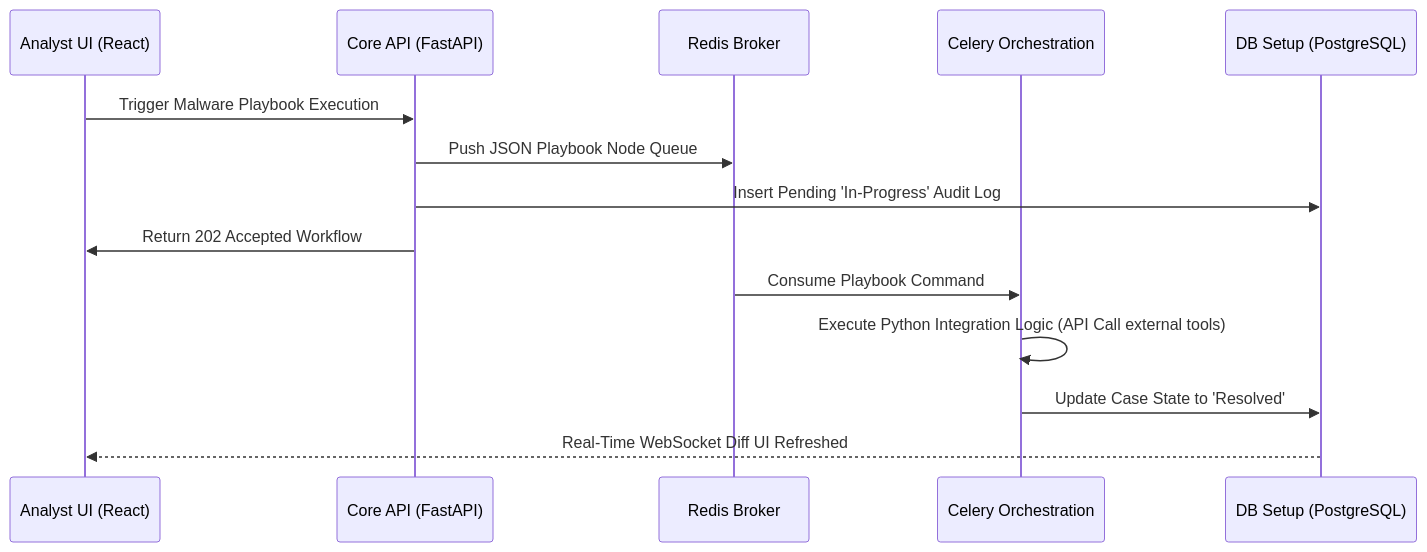
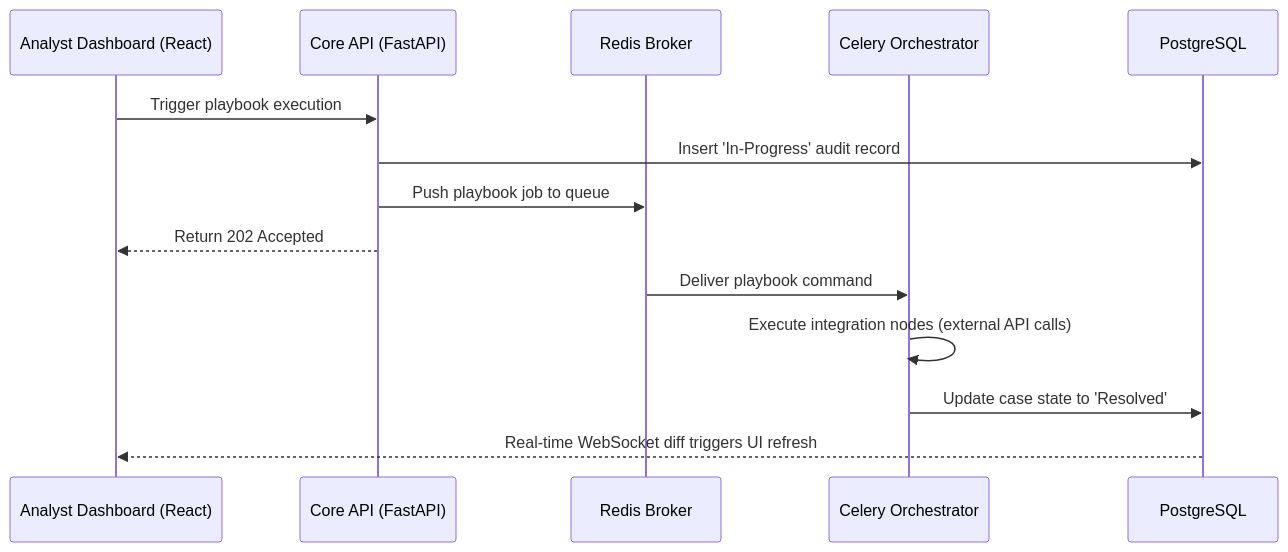
Before and after one commit to Masriyan/Asu-SOAR: the diagram in ARCHITECTURE.md, drawn with Mermaid. The commit also changed other lines of this file and 5 other files, not shown here.

````diff
--- a/ARCHITECTURE.md
+++ b/ARCHITECTURE.md
@@ -31,18 +45,18 @@
 ```mermaid
 sequenceDiagram
-    participant Analyst UI (React)
-    participant Core API (FastAPI)
-    participant Redis Broker
-    participant Celery Orchestration
-    participant DB Setup (PostgreSQL)
+    participant UI as Analyst Dashboard (React)
+    participant API as Core API (FastAPI)
+    participant Redis as Redis Broker
+    participant Worker as Celery Orchestrator
+    participant DB as PostgreSQL
 
-    Analyst UI (React)->>Core API (FastAPI): Trigger Malware Playbook Execution
-    Core API (FastAPI)->>Redis Broker: Push JSON Playbook Node Queue
-    Core API (FastAPI)->>DB Setup (PostgreSQL): Insert Pending 'In-Progress' Audit Log
-    Core API (FastAPI)->>Analyst UI (React): Return 202 Accepted Workflow
-    
-    Redis Broker->>Celery Orchestration: Consume Playbook Command
-    Celery Orchestration->>Celery Orchestration: Execute Python Integration Logic (API Call external tools)
-    Celery Orchestration->>DB Setup (PostgreSQL): Update Case State to 'Resolved'
-    DB Setup (PostgreSQL)-->>Analyst UI (React): Real-Time WebSocket Diff UI Refreshed
+    UI->>API: Trigger playbook execution
+    API->>DB: Insert 'In-Progress' audit record
+    API->>Redis: Push playbook job to queue
+    API-->>UI: Return 202 Accepted
+
+    Redis->>Worker: Deliver playbook command
+    Worker->>Worker: Execute integration nodes (external API calls)
+    Worker->>DB: Update case state to 'Resolved'
+    DB-->>UI: Real-time WebSocket diff triggers UI refresh
 ```
````
